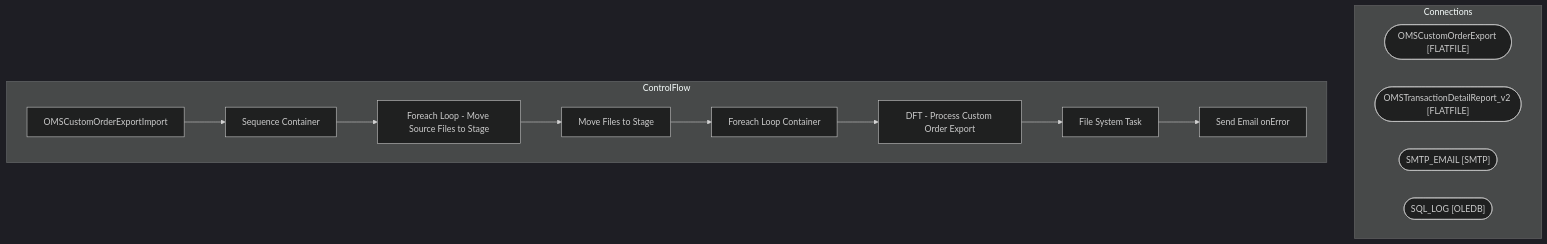
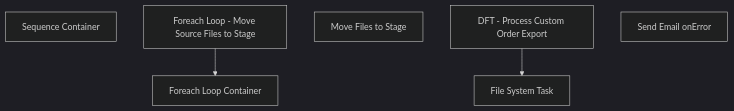
The diagram in bab-docs-explorer/Documentation/STL-SSIS-P-01/SSIS/SSIS/WebOrderProcessing.OMSCustomOrderExportImport.md (juanandresbrain/BABSkills), drawn with Mermaid (dark theme) before and after one commit. The commit also changed other lines of this file and 273 other files, not shown here.

````diff
--- a/bab-docs-explorer/Documentation/STL-SSIS-P-01/SSIS/SSIS/WebOrderProcessing.OMSCustomOrderExportImport.md
+++ b/bab-docs-explorer/Documentation/STL-SSIS-P-01/SSIS/SSIS/WebOrderProcessing.OMSCustomOrderExportImport.md
@@ -9,26 +43,12 @@
 ```mermaid
 flowchart TD
-    subgraph Connections
-        OMSCustomOrderExport_conn(["OMSCustomOrderExport [FLATFILE]"])
-        OMSTransactionDetailReport_v2_conn(["OMSTransactionDetailReport_v2 [FLATFILE]"])
-        SMTP_EMAIL_conn(["SMTP_EMAIL [SMTP]"])
-        SQL_LOG_conn(["SQL_LOG [OLEDB]"])
-    end
-    subgraph ControlFlow
-        OMSCustomOrderExportImport_task["OMSCustomOrderExportImport"]
-        Sequence_Container_task["Sequence Container"]
-        OMSCustomOrderExportImport_task --> Sequence_Container_task
-        Foreach_Loop___Move_Source_Files_to_Stage_task["Foreach Loop - Move Source Files to Stage"]
-        Sequence_Container_task --> Foreach_Loop___Move_Source_Files_to_Stage_task
-        Move_Files_to_Stage_task["Move Files to Stage"]
-        Foreach_Loop___Move_Source_Files_to_Stage_task --> Move_Files_to_Stage_task
-        Foreach_Loop_Container_task["Foreach Loop Container"]
-        Move_Files_to_Stage_task --> Foreach_Loop_Container_task
-        DFT___Process_Custom_Order_Export_task["DFT - Process Custom Order Export"]
-        Foreach_Loop_Container_task --> DFT___Process_Custom_Order_Export_task
-        File_System_Task_task["File System Task"]
-        DFT___Process_Custom_Order_Export_task --> File_System_Task_task
-        Send_Email_onError_task["Send Email onError"]
-        File_System_Task_task --> Send_Email_onError_task
-    end
+    n_Package_Sequence_Container["Sequence Container"]
+    n_Package_Sequence_Container_Foreach_Loop___Move_Source_Files_to_Stage["Foreach Loop - Move Source Files to Stage"]
+    n_Package_Sequence_Container_Foreach_Loop___Move_Source_Files_to_Stage_Move_Files_to_Stage["Move Files to Stage"]
+    n_Package_Sequence_Container_Foreach_Loop_Container["Foreach Loop Container"]
+    n_Package_Sequence_Container_Foreach_Loop_Container_DFT___Process_Custom_Order_Export["DFT - Process Custom Order Export"]
+    n_Package_Sequence_Container_Foreach_Loop_Container_File_System_Task["File System Task"]
+    n_Package_EventHandlers_OnError__Send_Email_onError["Send Email onError"]
+    n_Package_Sequence_Container_Foreach_Loop_Container_DFT___Process_Custom_Order_Export --> n_Package_Sequence_Container_Foreach_Loop_Container_File_System_Task
+    n_Package_Sequence_Container_Foreach_Loop___Move_Source_Files_to_Stage --> n_Package_Sequence_Container_Foreach_Loop_Container
 ```
````
